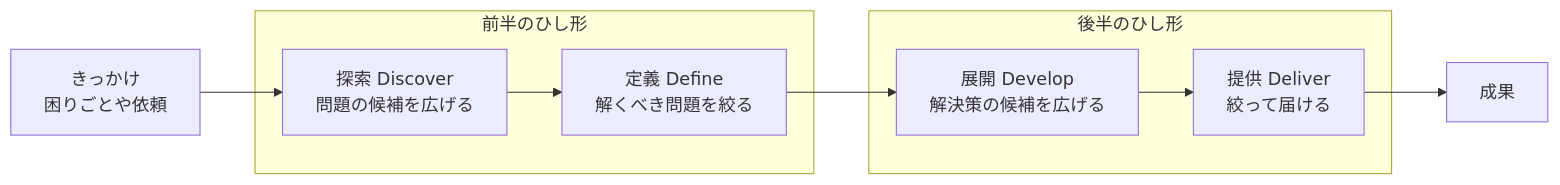
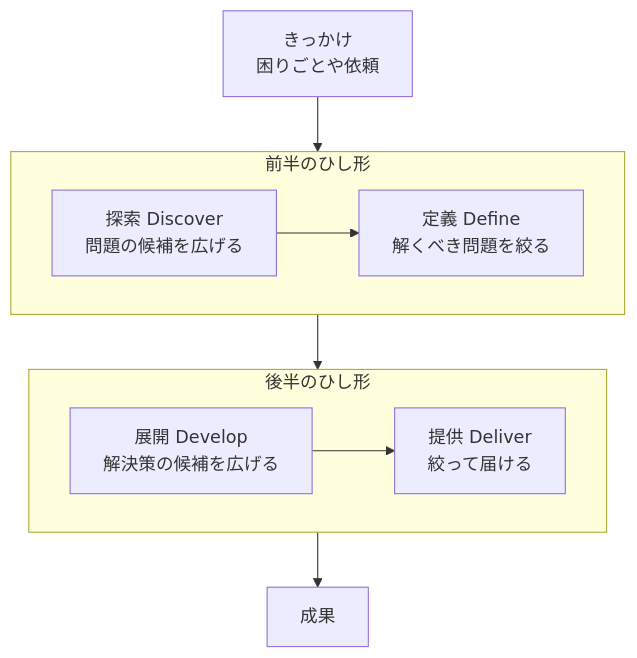
One commit to ozaki25/web-front-training-ozaki25 changed the diagram in docs/drafts/175/index.md. Above: the diagram before and after it, drawn with Mermaid.

Commit message:
drafts/175 の図を縦組みにしてスマホで読めるようにする
横一列の6ノードはスマホ幅で縮小されて読めなかった。
上から下の流れに変え、各ひし形の中だけ「広げる→絞る」を
左から右に並べる。矢印は枠に繋ぎ、枠のタイトルと重ねない。

Claude-Session: https://claude.ai/code/session_01VBuKGSzVmu6184hRMdwGoV

````diff
--- a/docs/drafts/175/index.md
+++ b/docs/drafts/175/index.md
@@ -19,12 +19,12 @@
 ```mermaid
-flowchart LR
-  A[きっかけ<br>困りごとや依頼] --> B
+flowchart TB
+  A[きっかけ<br>困りごとや依頼] --> D1
   subgraph D1[前半のひし形]
     B[探索 Discover<br>問題の候補を広げる] --> C[定義 Define<br>解くべき問題を絞る]
   end
-  C --> E
+  D1 --> D2
   subgraph D2[後半のひし形]
     E[展開 Develop<br>解決策の候補を広げる] --> F[提供 Deliver<br>絞って届ける]
   end
-  F --> G[成果]
+  D2 --> G[成果]
 ```
````
